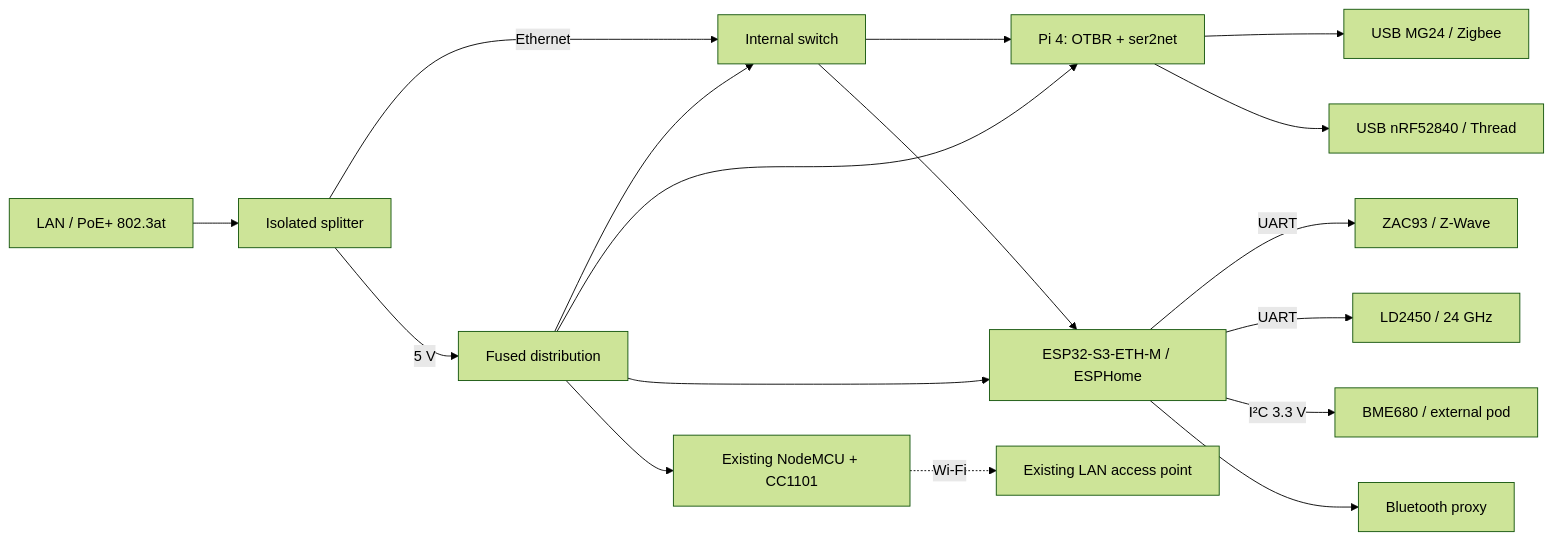
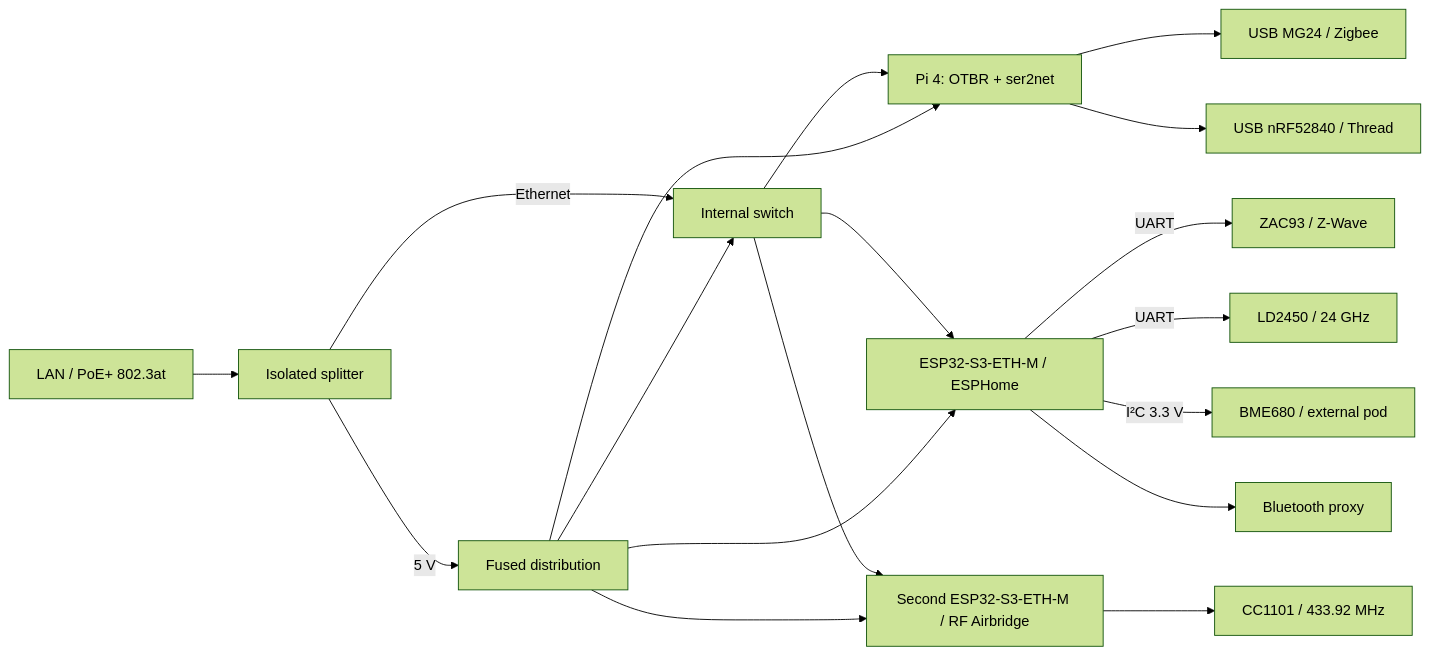
The diagram in README.md (ha-homelab/ha-radio-hub), drawn with Mermaid (forest theme) before and after one commit. The commit also changed other lines of this file and 59 other files, not shown here.

````diff
--- a/README.md
+++ b/README.md
@@ -31,19 +32,20 @@
 ```mermaid
 flowchart LR
   LAN[LAN / PoE+ 802.3at] --> PD[Isolated splitter]
   PD -->|Ethernet| SW[Internal switch]
   PD -->|5 V| P[Fused distribution]
   SW --> PI[Pi 4: OTBR + ser2net]
   SW --> ESP[ESP32-S3-ETH-M / ESPHome]
   PI --> Z[USB MG24 / Zigbee]
   PI --> T[USB nRF52840 / Thread]
   ESP -->|UART| ZW[ZAC93 / Z-Wave]
   ESP -->|UART| R[LD2450 / 24 GHz]
   ESP -->|I²C 3.3 V| B[BME680 / external pod]
   ESP --> BLE[Bluetooth proxy]
   P --> PI
   P --> SW
   P --> ESP
-  P --> RF[Existing NodeMCU + CC1101]
-  RF -. Wi-Fi .-> AP[Existing LAN access point]
+  SW --> RF[Second ESP32-S3-ETH-M / RF Airbridge]
+  P --> RF
+  RF --> CC[CC1101 / 433.92 MHz]
 ```
````
